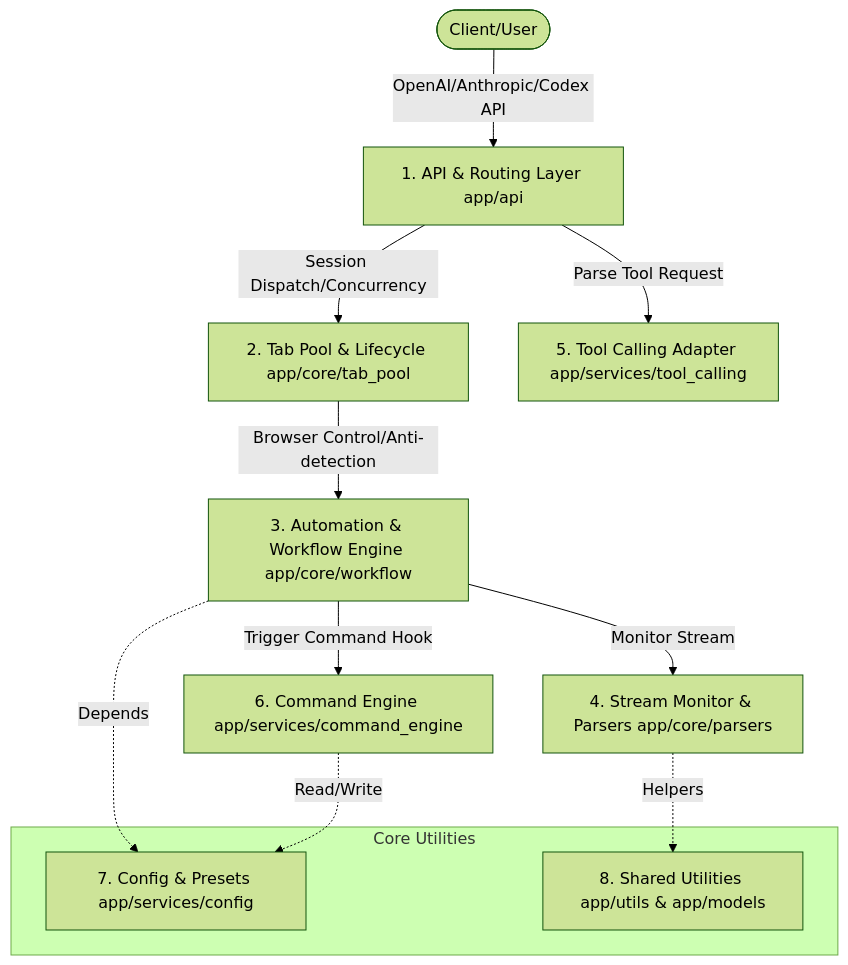
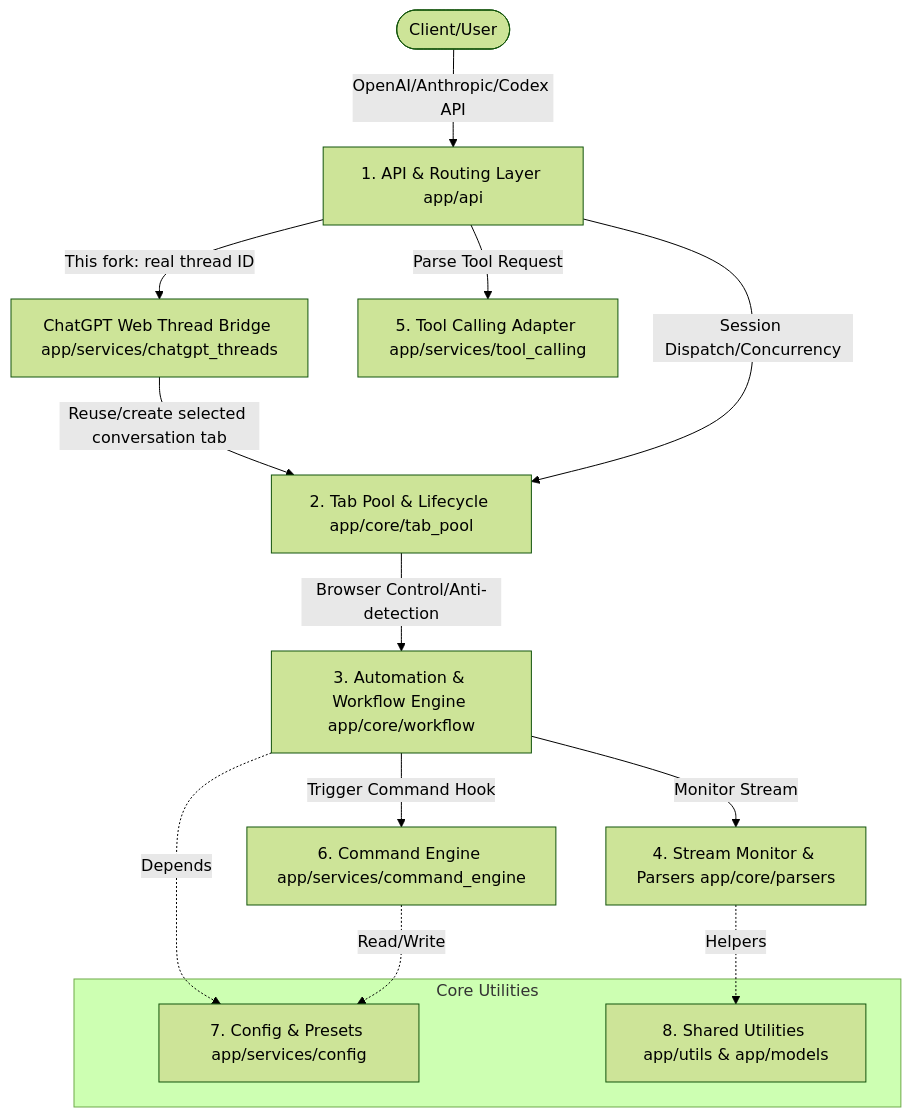
The diagram in README.md (llawliet12138/universal-web-api), drawn with Mermaid (forest theme) before and after one commit. The commit also changed other lines of this file and 3 other files, not shown here.

````diff
--- a/README.md
+++ b/README.md
@@ -19,18 +50,20 @@
 ```mermaid
 graph TD
     User([Client/User]) -->|OpenAI/Anthropic/Codex API| Route[1. API & Routing Layer app/api]
+    Route -->|This fork: real thread ID| ThreadBridge[ChatGPT Web Thread Bridge app/services/chatgpt_threads]
+    ThreadBridge -->|Reuse/create selected conversation tab| TabPool
     Route -->|Session Dispatch/Concurrency| TabPool[2. Tab Pool & Lifecycle app/core/tab_pool]
     Route -->|Parse Tool Request| ToolCall[5. Tool Calling Adapter app/services/tool_calling]
     TabPool -->|Browser Control/Anti-detection| Browser[3. Automation & Workflow Engine app/core/workflow]
     Browser -->|Monitor Stream| Stream[4. Stream Monitor & Parsers app/core/parsers]
     Browser -->|Trigger Command Hook| CmdEng[6. Command Engine app/services/command_engine]
     
     subgraph Core Utilities
         Config[7. Config & Presets app/services/config]
         Utils[8. Shared Utilities app/utils & app/models]
     end
     
     Browser -.->|Depends| Config
     CmdEng -.->|Read/Write| Config
     Stream -.->|Helpers| Utils
 ```
````
